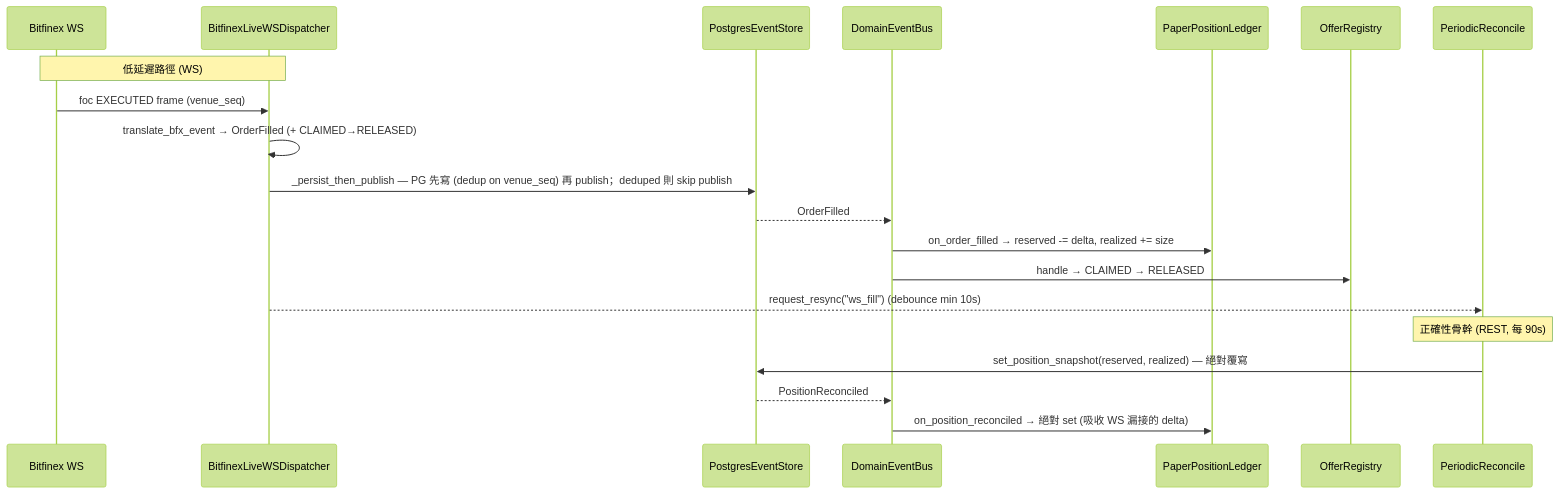
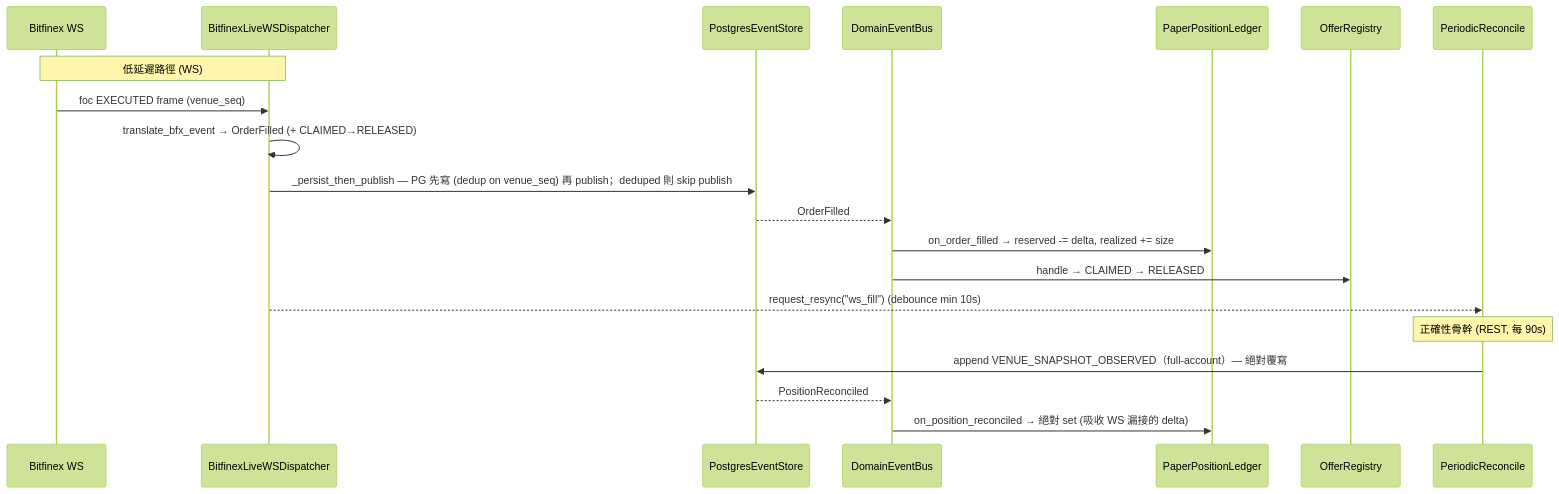
One commit to Will413028/bfx-funding-bot changed the fourth of 4 diagrams in backend_py/ARCHITECTURE.md. Above: the diagram before and after it, drawn with Mermaid (forest theme). The commit also changed other lines of this file and 20 other files, not shown here.

First line of the commit message:
♻️ Refactor: project full account venue observations

````diff
--- a/backend_py/ARCHITECTURE.md
+++ b/backend_py/ARCHITECTURE.md
@@ -222,24 +223,24 @@
 ```mermaid
 sequenceDiagram
     participant BFX as Bitfinex WS
     participant WS as BitfinexLiveWSDispatcher
     participant ST as PostgresEventStore
     participant BUS as DomainEventBus
     participant LED as PaperPositionLedger
     participant REG as OfferRegistry
     participant PR as PeriodicReconcile
 
     Note over BFX,WS: 低延遲路徑 (WS)
     BFX->>WS: foc EXECUTED frame (venue_seq)
     WS->>WS: translate_bfx_event → OrderFilled (+ CLAIMED→RELEASED)
     WS->>ST: _persist_then_publish — PG 先寫 (dedup on venue_seq) 再 publish；deduped 則 skip publish
     ST-->>BUS: OrderFilled
     BUS->>LED: on_order_filled → reserved -= delta, realized += size
     BUS->>REG: handle → CLAIMED → RELEASED
     WS-->>PR: request_resync("ws_fill")  (debounce min 10s)
 
     Note over PR: 正確性骨幹 (REST, 每 90s)
-    PR->>ST: set_position_snapshot(reserved, realized)  — 絕對覆寫
+    PR->>ST: append VENUE_SNAPSHOT_OBSERVED（full-account）— 絕對覆寫
     ST-->>BUS: PositionReconciled
     BUS->>LED: on_position_reconciled → 絕對 set (吸收 WS 漏接的 delta)
 ```
````
